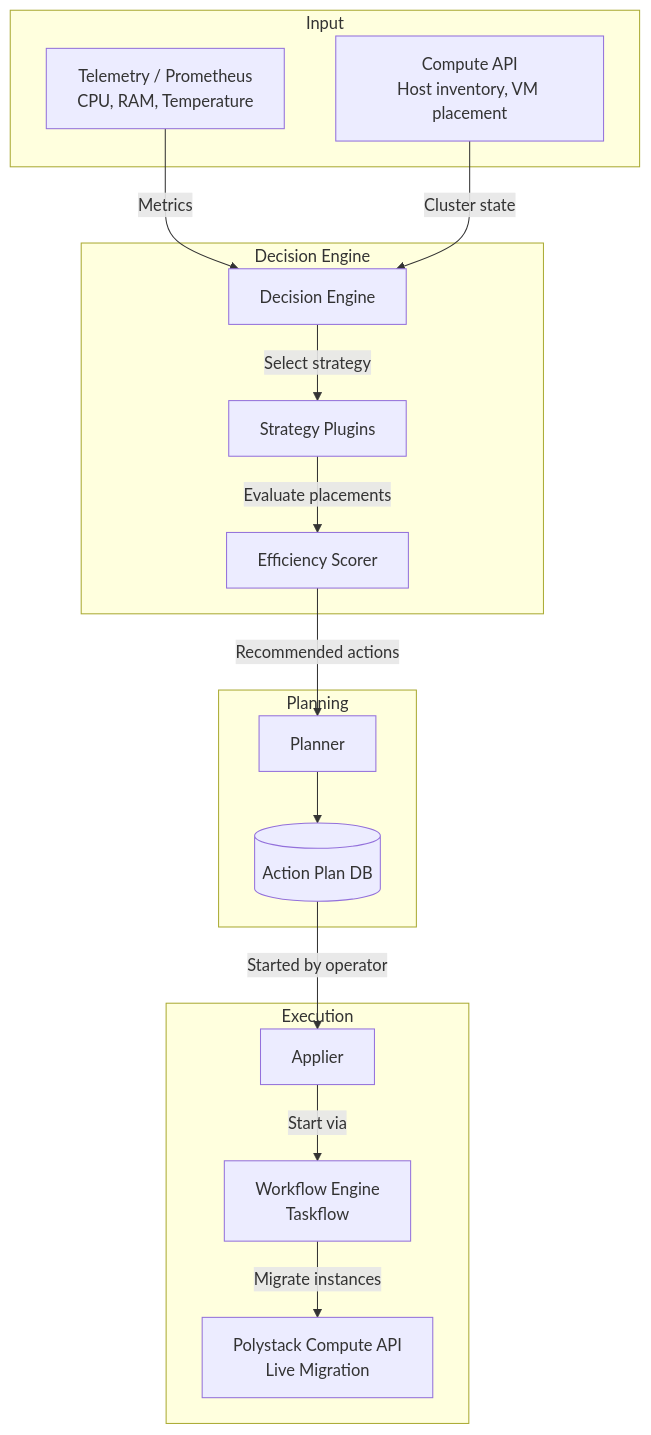
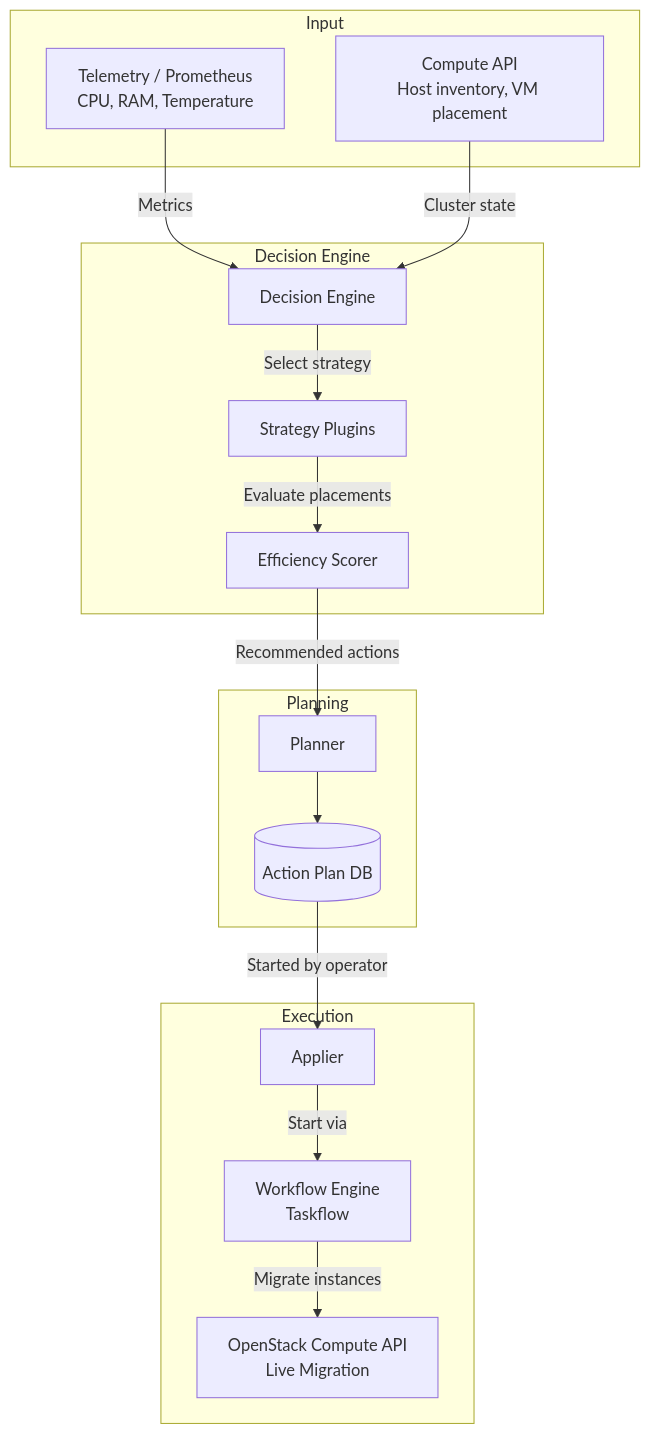
The first of 2 diagrams in services/optimization/admin-guide/architecture.mdx (ankur-kumar87/docs-polystack), drawn with Mermaid before and after one commit. The commit also changed 19 other files, not shown here.

Commit message:
docs: rename API references to OpenStack

````diff
--- a/services/optimization/admin-guide/architecture.mdx
+++ b/services/optimization/admin-guide/architecture.mdx
@@ -23,34 +23,34 @@
 ```mermaid
 graph TD
     subgraph Input
         DS1[Telemetry / Prometheus<br/>CPU, RAM, Temperature]
         DS2[Compute API<br/>Host inventory, VM placement]
     end
 
     subgraph Decision Engine
         DE[Decision Engine]
         STR[Strategy Plugins]
         SCORER[Efficiency Scorer]
     end
 
     subgraph Planning
         PL[Planner]
         AP[(Action Plan DB)]
     end
 
     subgraph Execution
         APP[Applier]
         WF[Workflow Engine<br/>Taskflow]
-        NOVA[Polystack Compute API<br/>Live Migration]
+        NOVA[OpenStack Compute API<br/>Live Migration]
     end
 
     DS1 -->|Metrics| DE
     DS2 -->|Cluster state| DE
     DE -->|Select strategy| STR
     STR -->|Evaluate placements| SCORER
     SCORER -->|Recommended actions| PL
     PL --> AP
     AP -->|Started by operator| APP
     APP -->|Start via| WF
     WF -->|Migrate instances| NOVA
 ```
````
